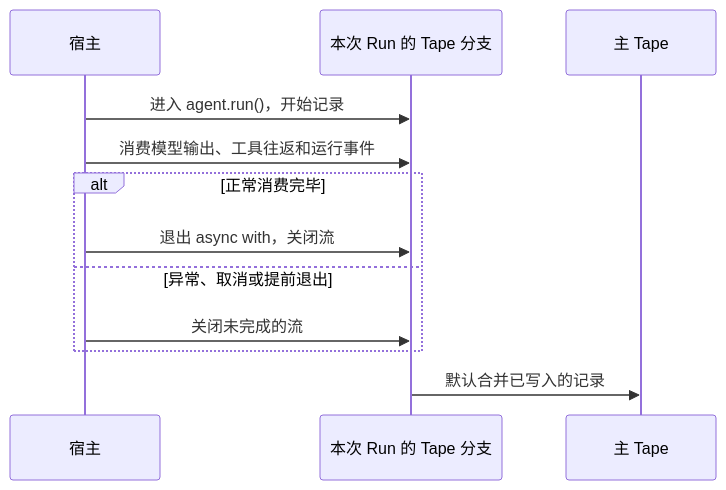
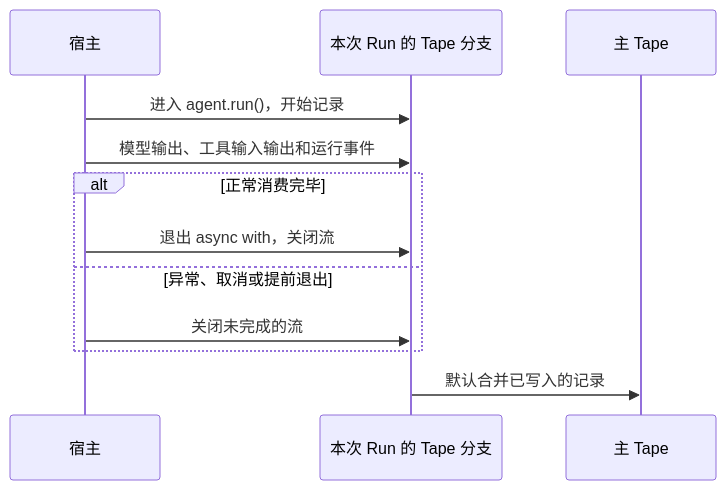
The diagram in website/src/content/docs/zh-cn/docs/sdk/tape.mdx (bubbuild/bub), drawn with Mermaid before and after one commit. The commit also changed other lines of this file and 5 other files, not shown here.

````diff
--- a/website/src/content/docs/zh-cn/docs/sdk/tape.mdx
+++ b/website/src/content/docs/zh-cn/docs/sdk/tape.mdx
@@ -126,14 +251,15 @@
 ```mermaid
 sequenceDiagram
     participant Host as 宿主
     participant Fork as 本次 Run 的 Tape 分支
     participant Main as 主 Tape
     Host->>Fork: 进入 agent.run()，开始记录
-    Host->>Fork: 消费模型输出、工具往返和运行事件
+    Host->>Fork: 模型输出、工具输入输出和运行事件
     alt 正常消费完毕
         Host->>Fork: 退出 async with，关闭流
     else 异常、取消或提前退出
         Host->>Fork: 关闭未完成的流
     end
     Fork->>Main: 默认合并已写入的记录
+
 ```
````
